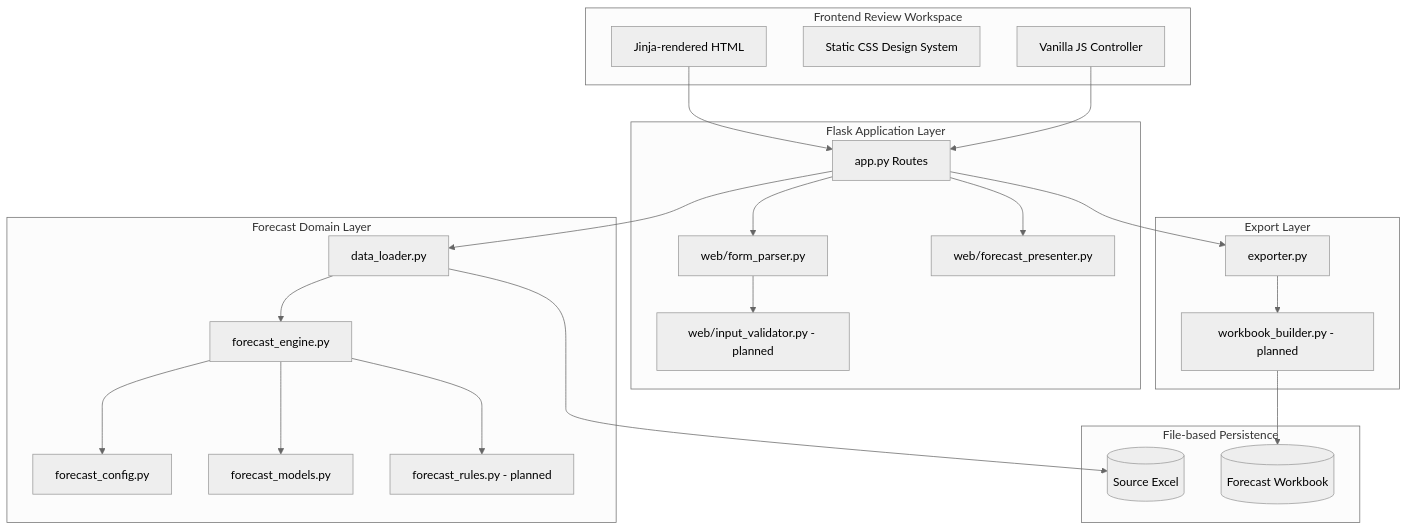
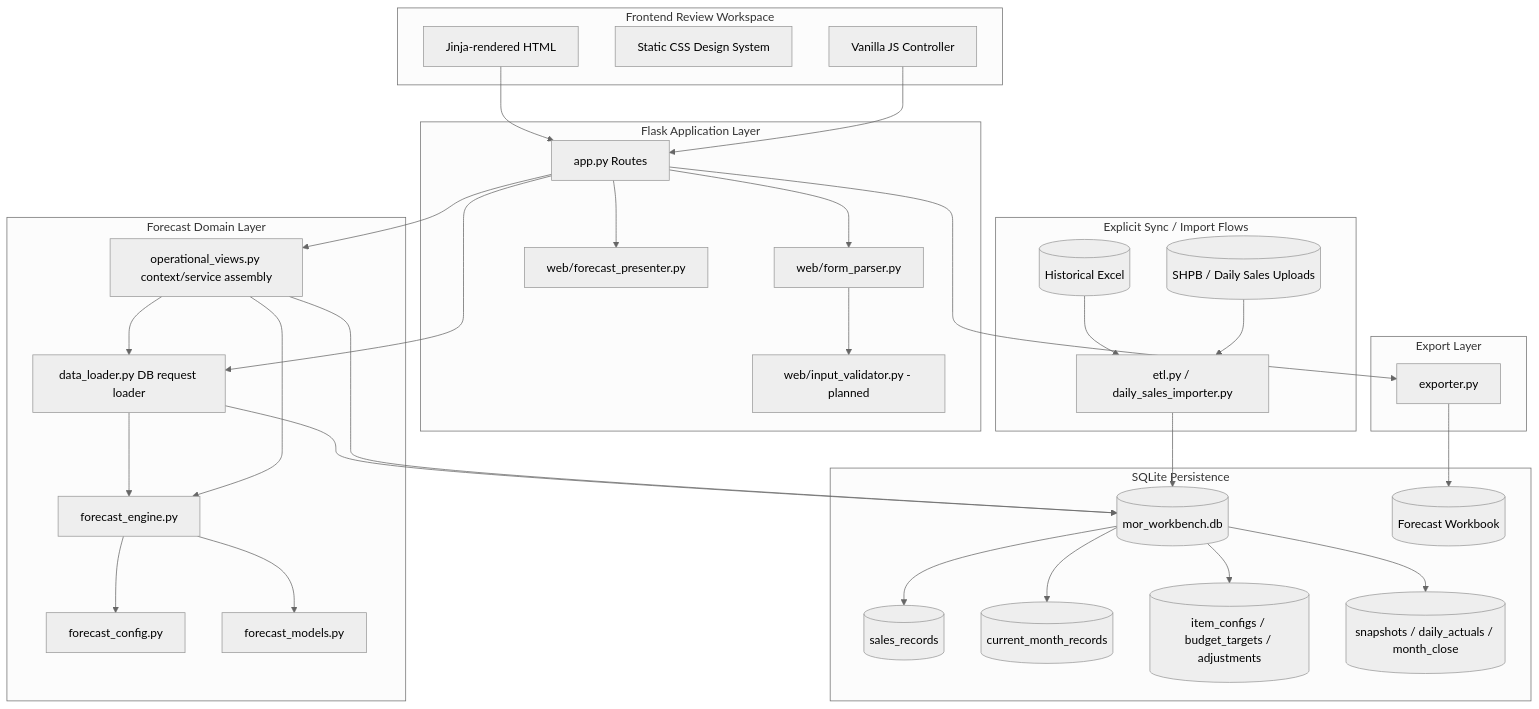
One commit to skydreamer0/MOR changed the second of 3 diagrams in infrastructure/project_architecture_and_implementation_plan.md. Above: the diagram before and after it, drawn with Mermaid (neutral theme). The commit also changed other lines of this file and 2 other files, not shown here.

Commit message:
docs: align architecture docs with db-first workflow

````diff
--- a/infrastructure/project_architecture_and_implementation_plan.md
+++ b/infrastructure/project_architecture_and_implementation_plan.md
@@ -134,48 +135,66 @@
 ```mermaid
 flowchart TD
     subgraph Client [Frontend Review Workspace]
         UI[Jinja-rendered HTML]
         CSS[Static CSS Design System]
         JS[Vanilla JS Controller]
     end
 
     subgraph Web [Flask Application Layer]
         Routes[app.py Routes]
         Parser[web/form_parser.py]
         Presenter[web/forecast_presenter.py]
         Validator[web/input_validator.py - planned]
     end
 
     subgraph Domain [Forecast Domain Layer]
         Config[forecast_config.py]
-        Loader[data_loader.py]
+        Loader[data_loader.py DB request loader]
         Engine[forecast_engine.py]
         Models[forecast_models.py]
-        Rules[forecast_rules.py - planned]
+        Ops[operational_views.py context/service assembly]
     end
 
     subgraph Output [Export Layer]
         Exporter[exporter.py]
-        WorkbookBuilder[workbook_builder.py - planned]
     end
 
-    subgraph Data [File-based Persistence]
-        SourceExcel[(Source Excel)]
+    subgraph Import [Explicit Sync / Import Flows]
+        SourceExcel[(Historical Excel)]
+        SHPB[(SHPB / Daily Sales Uploads)]
+        ETL[etl.py / daily_sales_importer.py]
+    end
+
+    subgraph Data [SQLite Persistence]
+        DB[(mor_workbench.db)]
+        Sales[(sales_records)]
+        Current[(current_month_records)]
+        ConfigTables[(item_configs / budget_targets / adjustments)]
+        OpsTables[(snapshots / daily_actuals / month_close)]
         ExportExcel[(Forecast Workbook)]
     end
 
     UI --> Routes
     JS --> Routes
     Routes --> Parser
     Routes --> Presenter
     Parser --> Validator
+    SourceExcel --> ETL
+    SHPB --> ETL
+    ETL --> DB
+    DB --> Sales
+    DB --> Current
+    DB --> ConfigTables
+    DB --> OpsTables
     Routes --> Loader
-    Loader --> SourceExcel
+    Loader --> DB
     Loader --> Engine
     Engine --> Config
-    Engine --> Rules
     Engine --> Models
+    Routes --> Ops
+    Ops --> Loader
+    Ops --> Engine
+    Ops --> DB
     Routes --> Exporter
-    Exporter --> WorkbookBuilder
-    WorkbookBuilder --> ExportExcel
+    Exporter --> ExportExcel
 ```
````
